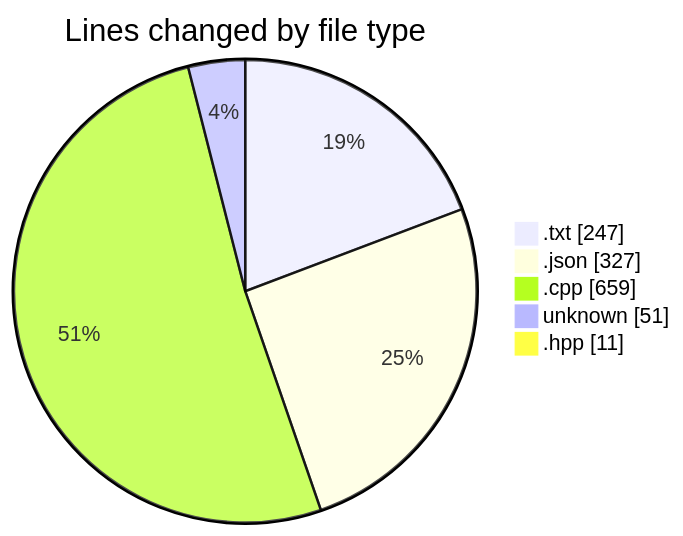
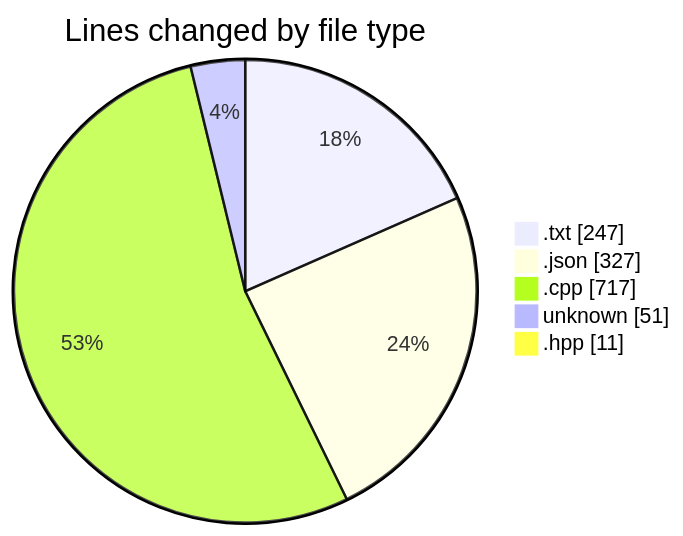
Before and after one commit to Netris89/code-tracking: the first of 2 diagrams in 2025-04-07/echo/README.md, drawn with Mermaid. The commit also changed other lines of this file and 1 other file, not shown here.

````diff
--- a/2025-04-07/echo/README.md
+++ b/2025-04-07/echo/README.md
@@ -28,9 +29,9 @@
 ```mermaid
 pie showData
 title Lines changed by file type
 ".txt" : 247
 ".json" : 327
-".cpp" : 659
+".cpp" : 717
 "unknown" : 51
 ".hpp" : 11
 ```
````
